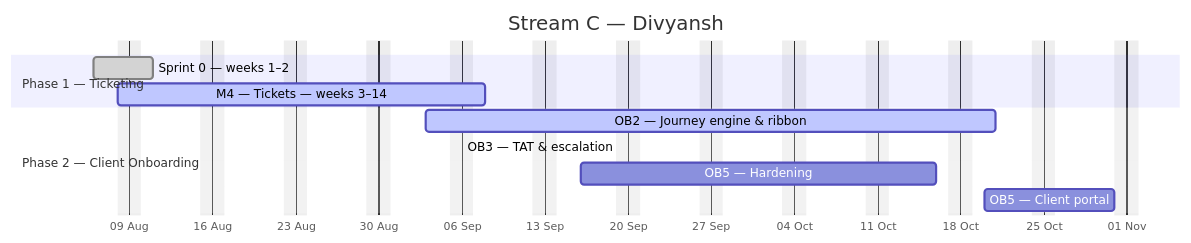
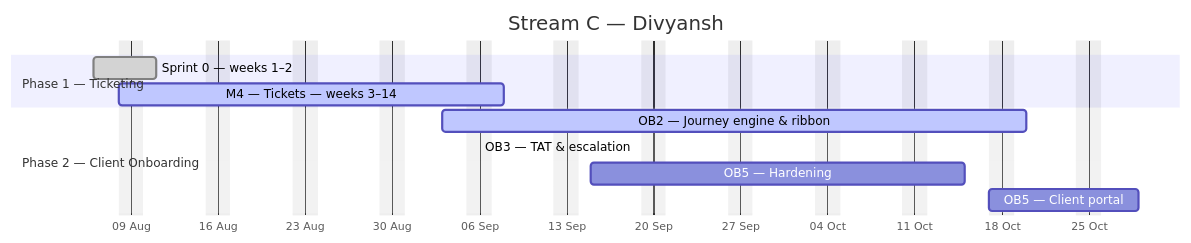
One commit to debashisedunext/EduTrack changed the third of 4 diagrams in docs/plan/GANTT.md. Above: the diagram before and after it, drawn with Mermaid. The commit also changed other lines of this file and 2 other files, not shown here.

````diff
--- a/docs/plan/GANTT.md
+++ b/docs/plan/GANTT.md
@@ -170,15 +170,15 @@
 ```mermaid
 gantt
     dateFormat YYYY-MM-DD
     axisFormat %d %b
     title Stream C — Divyansh
     excludes weekends
     section Phase 1 — Ticketing
     Sprint 0 — weeks 1–2 :done, c0, 2026-08-06, 3d
     M4 — Tickets — weeks 3–14 :active, c1, 2026-08-08, 22d
     section Phase 2 — Client Onboarding
-    OB2 — Journey engine & ribbon :active, c2, 2026-09-03, 34d
+    OB2 — Journey engine & ribbon :active, c2, 2026-09-03, 33d
     OB3 — TAT & escalation :active, c3, 2026-09-06, -33d
-    OB5 — Hardening :c4, 2026-09-16, 22d
-    OB5 — Client portal :c5, 2026-10-20, 9d
+    OB5 — Hardening :c4, 2026-09-15, 22d
+    OB5 — Client portal :c5, 2026-10-17, 9d
 ```
````
